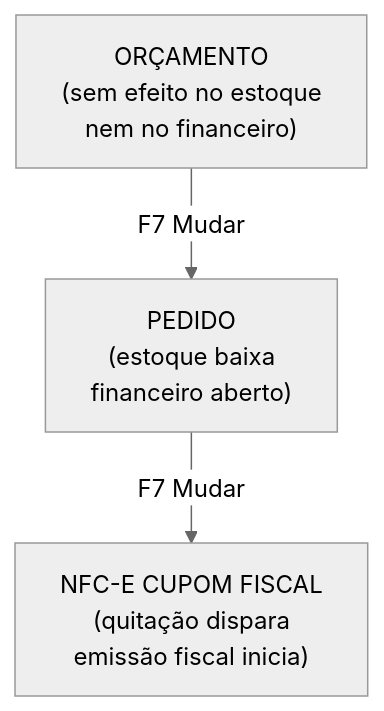
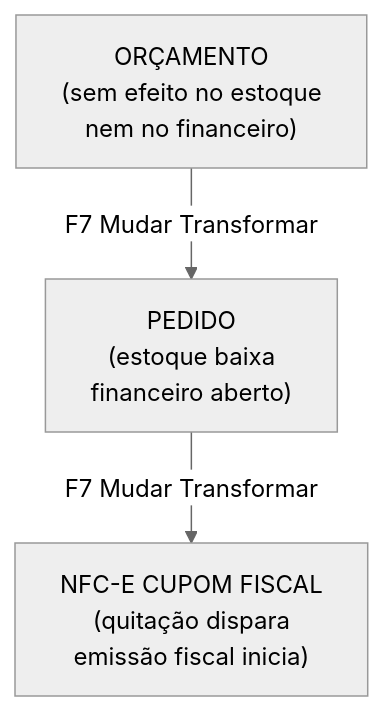
The diagram in Movimentacao/Movimentos/movimentos_de_vendas.md (hetosoft/documentacao-solnet), drawn with Mermaid (neutral theme) before and after one commit. The commit also changed other lines of this file and 5 other files, not shown here.

First line of the commit message:
docs(movimentacao): distingue Mudar Transformar vs Duplicar e adiciona status VINCULADO

````diff
--- a/Movimentacao/Movimentos/movimentos_de_vendas.md
+++ b/Movimentacao/Movimentos/movimentos_de_vendas.md
@@ -52,5 +52,5 @@
 ```mermaid
 flowchart TD
-  O["ORÇAMENTO<br/>(sem efeito no estoque<br/>nem no financeiro)"] -->|F7 Mudar| P["PEDIDO<br/>(estoque baixa<br/>financeiro aberto)"]
-  P -->|F7 Mudar| N["NFC-E CUPOM FISCAL<br/>(quitação dispara<br/>emissão fiscal inicia)"]
+  O["ORÇAMENTO<br/>(sem efeito no estoque<br/>nem no financeiro)"] -->|F7 Mudar Transformar| P["PEDIDO<br/>(estoque baixa<br/>financeiro aberto)"]
+  P -->|F7 Mudar Transformar| N["NFC-E CUPOM FISCAL<br/>(quitação dispara<br/>emissão fiscal inicia)"]
 ```
````
